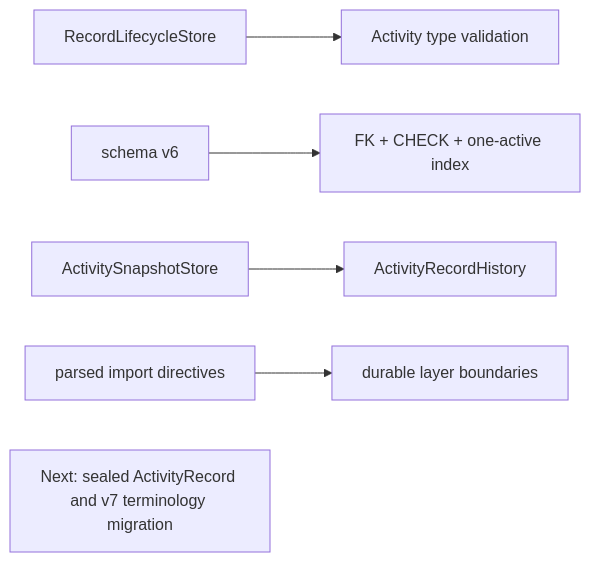
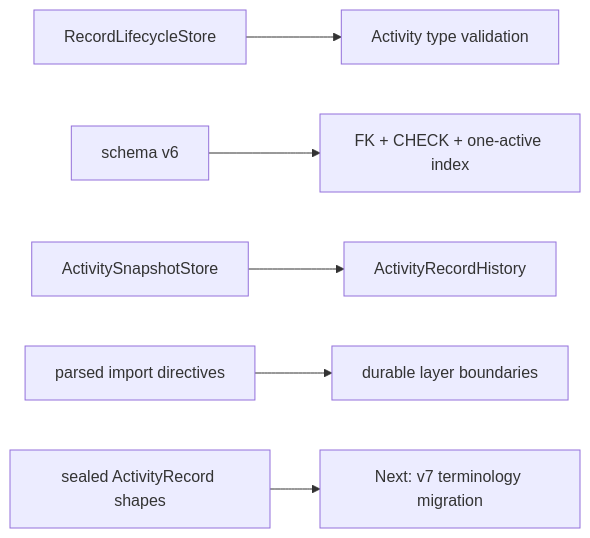
Before and after one commit to Guoyuer/eventTracker: the sixth of 6 diagrams in docs/architecture/module-flow.md, drawn with Mermaid. The commit also changed other lines of this file and 18 other files, not shown here.

Commit message:
Make activity record shapes unrepresentable

````diff
--- a/docs/architecture/module-flow.md
+++ b/docs/architecture/module-flow.md
@@ -168,8 +168,8 @@
 ```mermaid
 flowchart LR
   Lifecycle["RecordLifecycleStore"] --> TypeRules["Activity type validation"]
   Database["schema v6"] --> Shape["FK + CHECK + one-active index"]
   Snapshot["ActivitySnapshotStore"] --> History["ActivityRecordHistory"]
   ParsedImports["parsed import directives"] --> Boundaries["durable layer boundaries"]
-  Next["Next: sealed ActivityRecord and v7 terminology migration"]
+  RecordTypes["sealed ActivityRecord shapes"] --> Next["Next: v7 terminology migration"]
 ```
````
